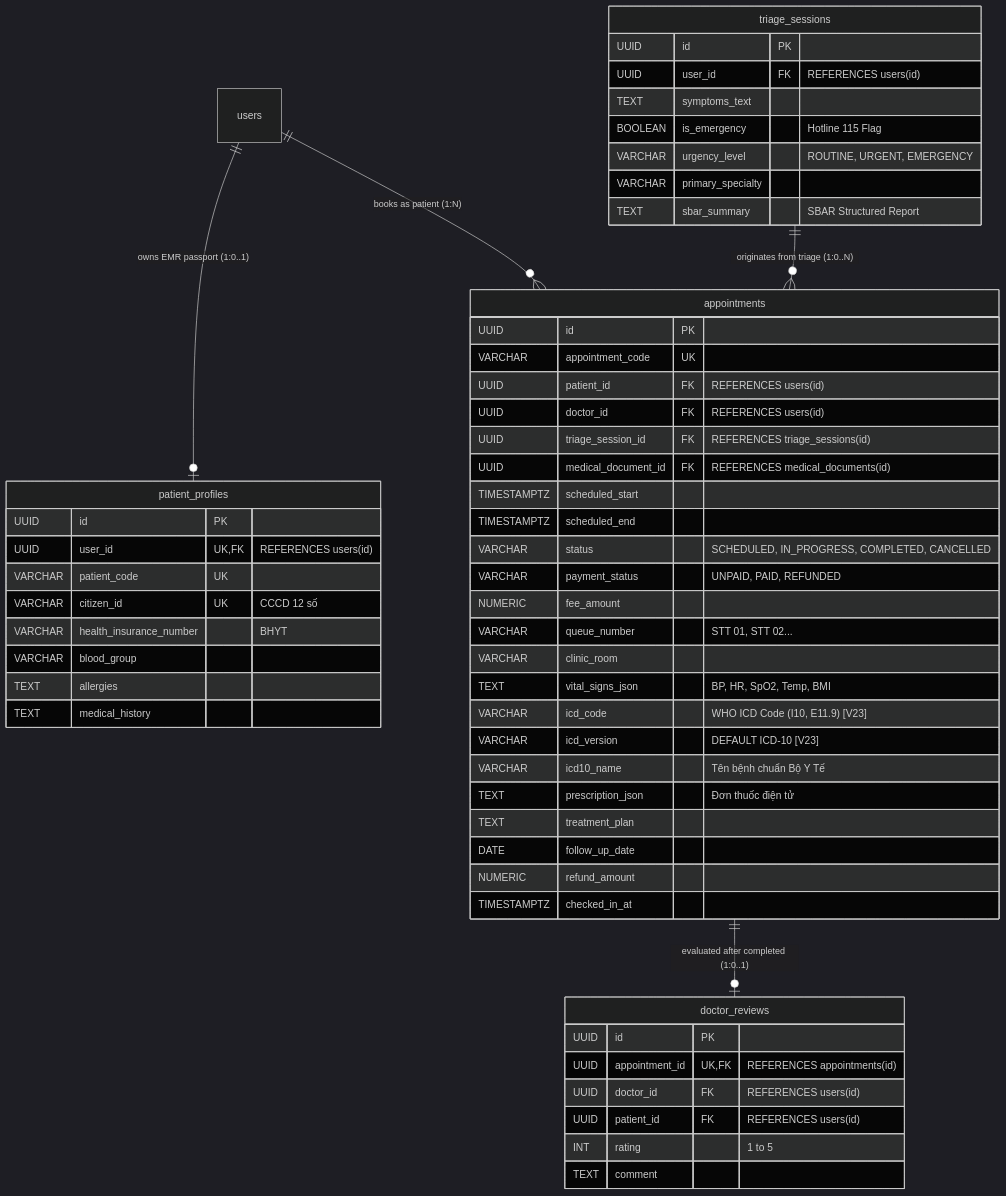
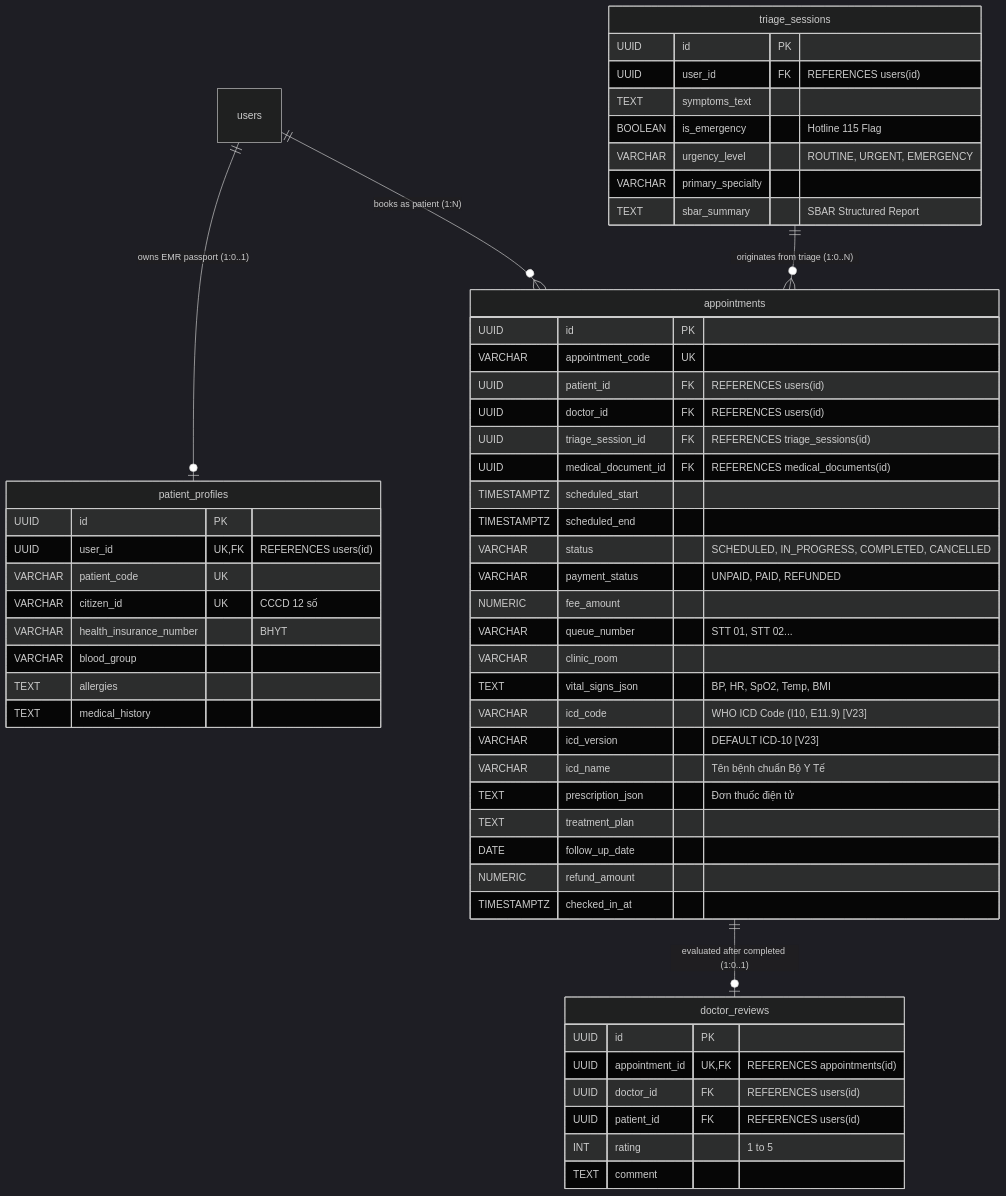
One commit to vinhhotff/KLTN-medical-assistant changed the fourth of 5 diagrams in docs/DATABASE_DESIGN.md. Above: the diagram before and after it, drawn with Mermaid (dark theme). The commit also changed other lines of this file and 11 other files, not shown here.

Commit message:
docs(database): standardize icd_name across vector diagrams and report bundles

````diff
--- a/docs/DATABASE_DESIGN.md
+++ b/docs/DATABASE_DESIGN.md
@@ -170,59 +170,59 @@
 ```mermaid
 erDiagram
     users ||--o| patient_profiles : "owns EMR passport (1:0..1)"
     users ||--o{ appointments : "books as patient (1:N)"
     triage_sessions ||--o{ appointments : "originates from triage (1:0..N)"
     appointments ||--o| doctor_reviews : "evaluated after completed (1:0..1)"
 
     appointments {
         UUID id PK
         VARCHAR appointment_code UK
         UUID patient_id FK "REFERENCES users(id)"
         UUID doctor_id FK "REFERENCES users(id)"
         UUID triage_session_id FK "REFERENCES triage_sessions(id)"
         UUID medical_document_id FK "REFERENCES medical_documents(id)"
         TIMESTAMPTZ scheduled_start
         TIMESTAMPTZ scheduled_end
         VARCHAR status "SCHEDULED, IN_PROGRESS, COMPLETED, CANCELLED"
         VARCHAR payment_status "UNPAID, PAID, REFUNDED"
         NUMERIC fee_amount
         VARCHAR queue_number "STT 01, STT 02..."
         VARCHAR clinic_room
         TEXT vital_signs_json "BP, HR, SpO2, Temp, BMI"
         VARCHAR icd_code "WHO ICD Code (I10, E11.9) [V23]"
         VARCHAR icd_version "DEFAULT ICD-10 [V23]"
-        VARCHAR icd10_name "Tên bệnh chuẩn Bộ Y Tế"
+        VARCHAR icd_name "Tên bệnh chuẩn Bộ Y Tế"
         TEXT prescription_json "Đơn thuốc điện tử"
         TEXT treatment_plan
         DATE follow_up_date
         NUMERIC refund_amount
         TIMESTAMPTZ checked_in_at
     }
     patient_profiles {
         UUID id PK
         UUID user_id UK, FK "REFERENCES users(id)"
         VARCHAR patient_code UK
         VARCHAR citizen_id UK "CCCD 12 số"
         VARCHAR health_insurance_number "BHYT"
         VARCHAR blood_group
         TEXT allergies
         TEXT medical_history
     }
     triage_sessions {
         UUID id PK
         UUID user_id FK "REFERENCES users(id)"
         TEXT symptoms_text
         BOOLEAN is_emergency "Hotline 115 Flag"
         VARCHAR urgency_level "ROUTINE, URGENT, EMERGENCY"
         VARCHAR primary_specialty
         TEXT sbar_summary "SBAR Structured Report"
     }
     doctor_reviews {
         UUID id PK
         UUID appointment_id UK, FK "REFERENCES appointments(id)"
         UUID doctor_id FK "REFERENCES users(id)"
         UUID patient_id FK "REFERENCES users(id)"
         INT rating "1 to 5"
         TEXT comment
     }
 ```
````
